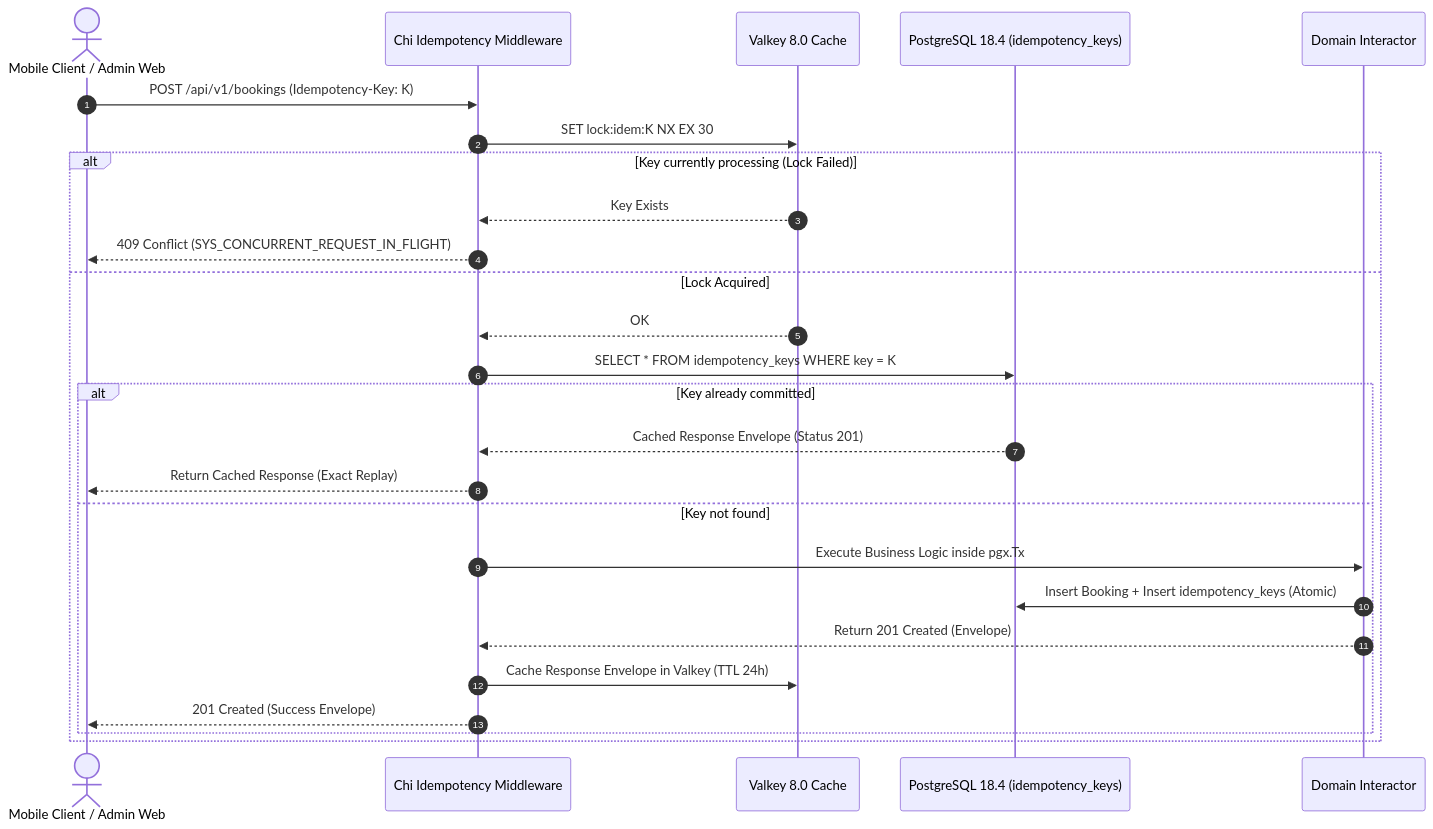
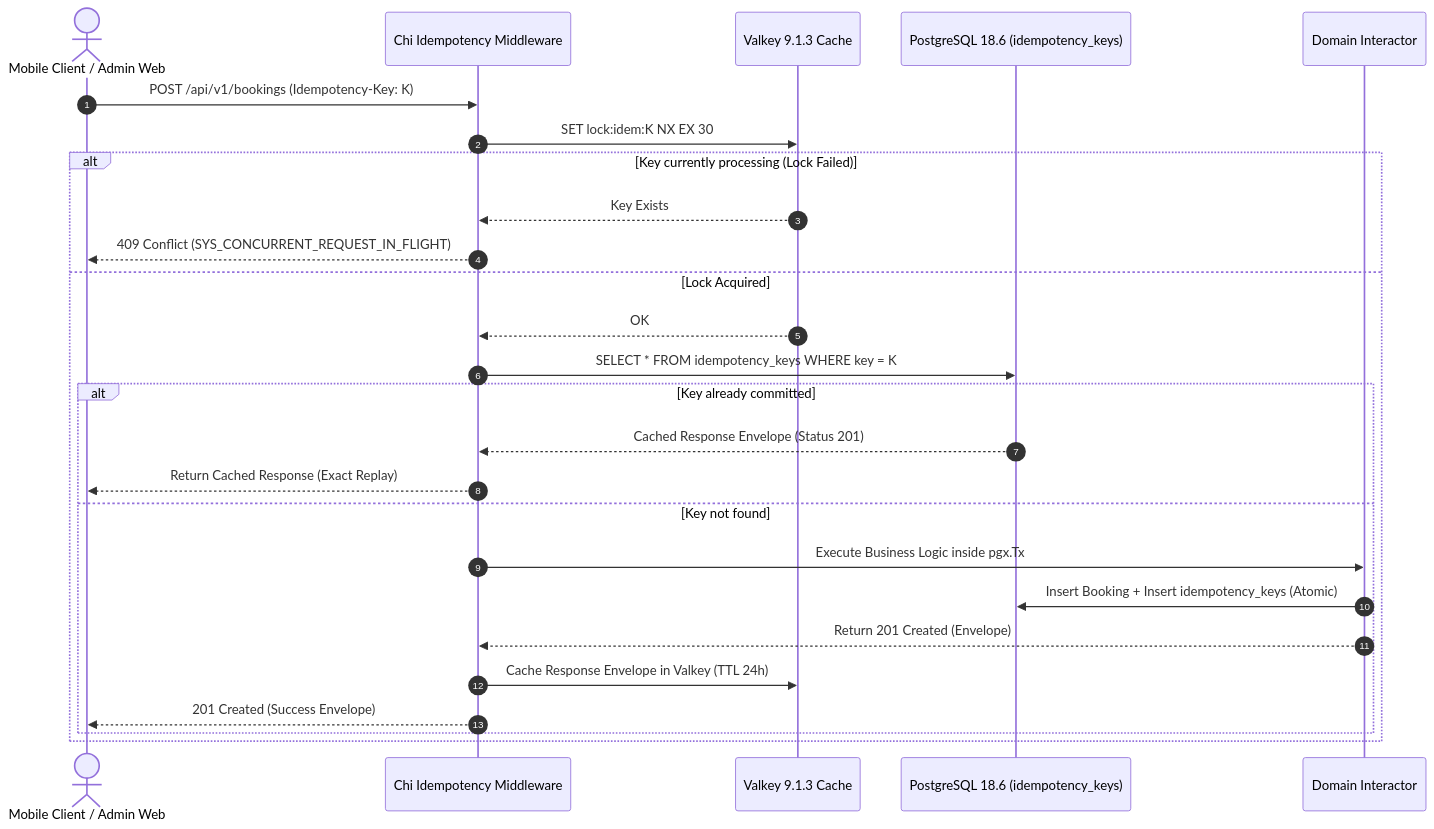
Before and after one commit to YDink/Heavy-Machinery-Logistics-Rental: the third of 3 diagrams in docs/components/backend/DESIGN.md, drawn with Mermaid. The commit also changed other lines of this file and 212 other files, not shown here.

````diff
--- a/docs/components/backend/DESIGN.md
+++ b/docs/components/backend/DESIGN.md
@@ -419,29 +419,29 @@
 ```mermaid
 sequenceDiagram
   autonumber
   actor Client as Mobile Client / Admin Web
   participant GW as Chi Idempotency Middleware
-  participant VK as Valkey 8.0 Cache
-  participant DB as PostgreSQL 18.4 (idempotency_keys)
+  participant VK as Valkey 9.1.3 Cache
+  participant DB as PostgreSQL 18.6 (idempotency_keys)
   participant Interactor as Domain Interactor
 
   Client->>GW: POST /api/v1/bookings (Idempotency-Key: K)
   GW->>VK: SET lock:idem:K NX EX 30
   alt Key currently processing (Lock Failed)
     VK-->>GW: Key Exists
     GW-->>Client: 409 Conflict (SYS_CONCURRENT_REQUEST_IN_FLIGHT)
   else Lock Acquired
     VK-->>GW: OK
     GW->>DB: SELECT * FROM idempotency_keys WHERE key = K
     alt Key already committed
       DB-->>GW: Cached Response Envelope (Status 201)
       GW-->>Client: Return Cached Response (Exact Replay)
     else Key not found
       GW->>Interactor: Execute Business Logic inside pgx.Tx
       Interactor->>DB: Insert Booking + Insert idempotency_keys (Atomic)
       Interactor-->>GW: Return 201 Created (Envelope)
       GW->>VK: Cache Response Envelope in Valkey (TTL 24h)
       GW-->>Client: 201 Created (Success Envelope)
     end
   end
 ```
````
